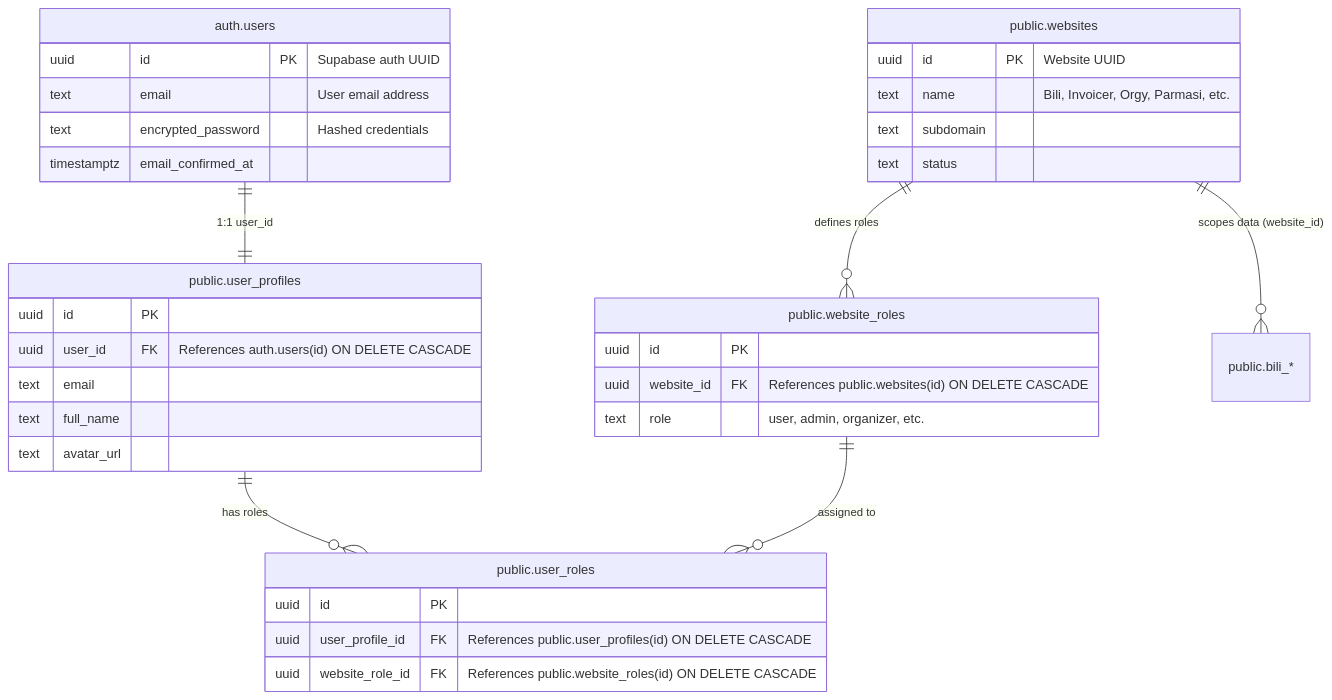
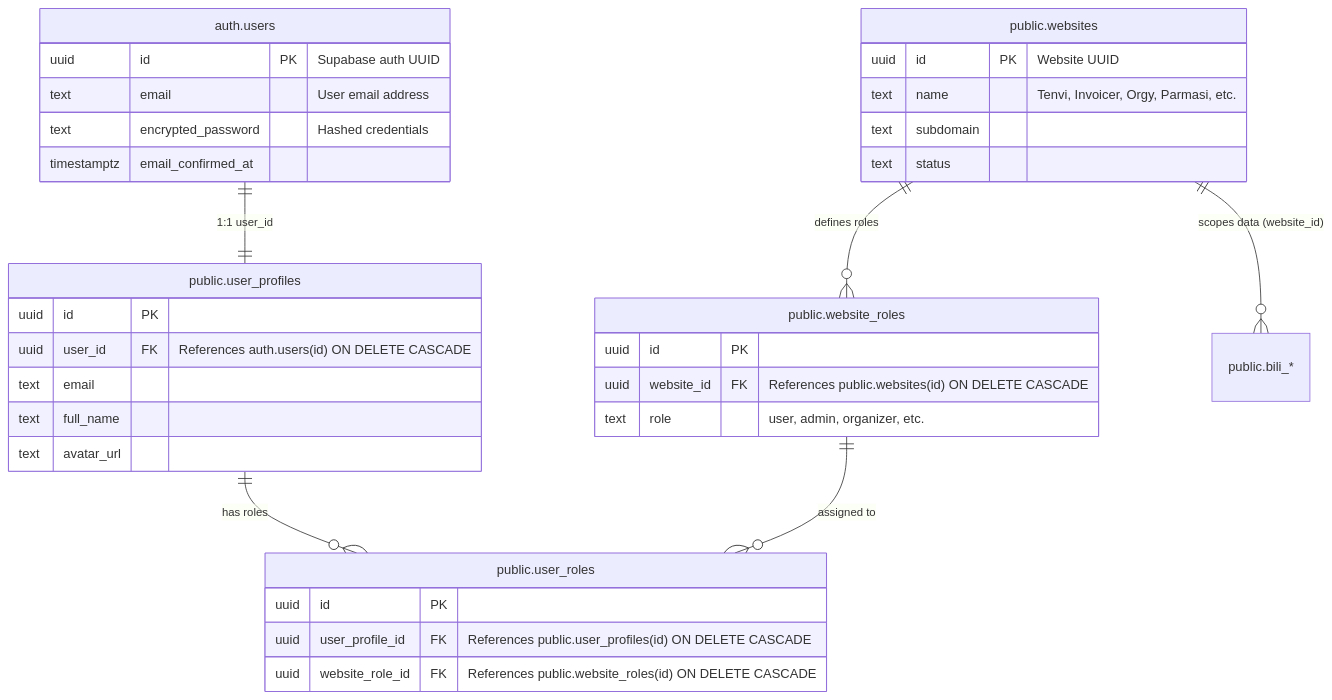
The first of 3 diagrams in AUTHENTICATION.md (unciano-labs/tenvi), drawn with Mermaid before and after one commit. The commit also changed other lines of this file, not shown here.

````diff
--- a/AUTHENTICATION.md
+++ b/AUTHENTICATION.md
@@ -39,42 +46,42 @@
 ```mermaid
 erDiagram
     "auth.users" ||--|| "public.user_profiles" : "1:1 user_id"
     "public.user_profiles" ||--o{ "public.user_roles" : "has roles"
     "public.website_roles" ||--o{ "public.user_roles" : "assigned to"
     "public.websites" ||--o{ "public.website_roles" : "defines roles"
     "public.websites" ||--o{ "public.bili_*" : "scopes data (website_id)"
 
     "auth.users" {
         uuid id PK "Supabase auth UUID"
         text email "User email address"
         text encrypted_password "Hashed credentials"
         timestamptz email_confirmed_at
     }
 
     "public.user_profiles" {
         uuid id PK
         uuid user_id FK "References auth.users(id) ON DELETE CASCADE"
         text email
         text full_name
         text avatar_url
     }
 
     "public.websites" {
         uuid id PK "Website UUID"
-        text name "Bili, Invoicer, Orgy, Parmasi, etc."
+        text name "Tenvi, Invoicer, Orgy, Parmasi, etc."
         text subdomain
         text status
     }
 
     "public.website_roles" {
         uuid id PK
         uuid website_id FK "References public.websites(id) ON DELETE CASCADE"
         text role "user, admin, organizer, etc."
     }
 
     "public.user_roles" {
         uuid id PK
         uuid user_profile_id FK "References public.user_profiles(id) ON DELETE CASCADE"
         uuid website_role_id FK "References public.website_roles(id) ON DELETE CASCADE"
     }
 ```
````
